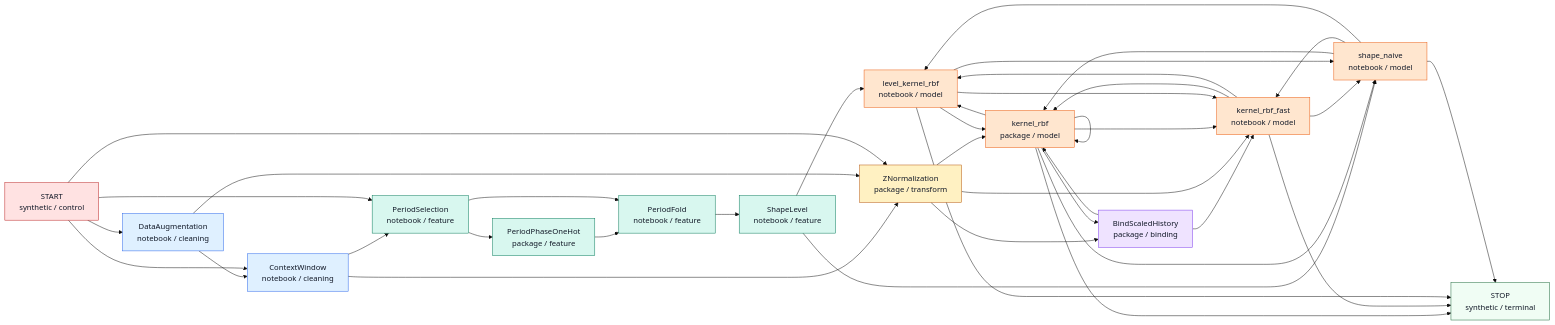
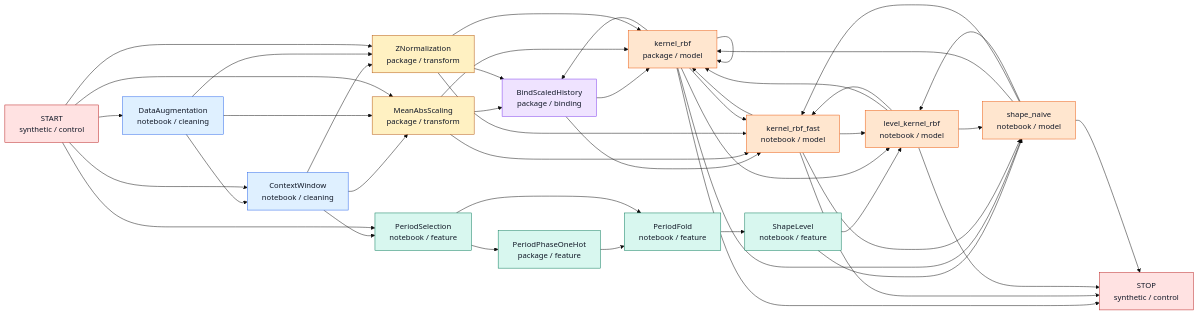
One commit to chahineNejm/graph_Time_series changed the first of 2 diagrams in token_graph_catalog/outputs/token_graph.md. Above: the diagram before and after it, drawn with Mermaid (base theme). The commit also changed other lines of this file and 9 other files, not shown here.

````diff
--- a/token_graph_catalog/outputs/token_graph.md
+++ b/token_graph_catalog/outputs/token_graph.md
@@ -11,62 +11,69 @@
 ```mermaid
 flowchart LR
   n_START["START<br/>synthetic / control"]:::control
+  n_STOP["STOP<br/>synthetic / control"]:::control
   n_ContextWindow["ContextWindow<br/>notebook / cleaning"]:::cleaning
   n_DataAugmentation["DataAugmentation<br/>notebook / cleaning"]:::cleaning
+  n_MeanAbsScaling["MeanAbsScaling<br/>package / transform"]:::transform
   n_ZNormalization["ZNormalization<br/>package / transform"]:::transform
   n_PeriodFold["PeriodFold<br/>notebook / feature"]:::feature
   n_PeriodPhaseOneHot["PeriodPhaseOneHot<br/>package / feature"]:::feature
   n_PeriodSelection["PeriodSelection<br/>notebook / feature"]:::feature
   n_ShapeLevel["ShapeLevel<br/>notebook / feature"]:::feature
   n_BindScaledHistory["BindScaledHistory<br/>package / binding"]:::binding
   n_kernel_rbf["kernel_rbf<br/>package / model"]:::model
   n_kernel_rbf_fast["kernel_rbf_fast<br/>notebook / model"]:::model
   n_level_kernel_rbf["level_kernel_rbf<br/>notebook / model"]:::model
   n_shape_naive["shape_naive<br/>notebook / model"]:::model
-  n_STOP["STOP<br/>synthetic / terminal"]:::terminal
   n_BindScaledHistory --> n_kernel_rbf
   n_BindScaledHistory --> n_kernel_rbf_fast
+  n_ContextWindow --> n_MeanAbsScaling
   n_ContextWindow --> n_PeriodSelection
   n_ContextWindow --> n_ZNormalization
   n_DataAugmentation --> n_ContextWindow
+  n_DataAugmentation --> n_MeanAbsScaling
   n_DataAugmentation --> n_ZNormalization
+  n_MeanAbsScaling --> n_BindScaledHistory
+  n_MeanAbsScaling --> n_kernel_rbf
+  n_MeanAbsScaling --> n_kernel_rbf_fast
   n_PeriodFold --> n_ShapeLevel
   n_PeriodPhaseOneHot --> n_PeriodFold
   n_PeriodSelection --> n_PeriodFold
   n_PeriodSelection --> n_PeriodPhaseOneHot
   n_START --> n_ContextWindow
   n_START --> n_DataAugmentation
+  n_START --> n_MeanAbsScaling
   n_START --> n_PeriodSelection
   n_START --> n_ZNormalization
   n_ShapeLevel --> n_level_kernel_rbf
   n_ShapeLevel --> n_shape_naive
   n_ZNormalization --> n_BindScaledHistory
   n_ZNormalization --> n_kernel_rbf
   n_ZNormalization --> n_kernel_rbf_fast
   n_kernel_rbf --> n_BindScaledHistory
   n_kernel_rbf --> n_STOP
   n_kernel_rbf --> n_kernel_rbf
   n_kernel_rbf --> n_kernel_rbf_fast
   n_kernel_rbf --> n_level_kernel_rbf
   n_kernel_rbf --> n_shape_naive
   n_kernel_rbf_fast --> n_STOP
   n_kernel_rbf_fast --> n_kernel_rbf
   n_kernel_rbf_fast --> n_level_kernel_rbf
   n_kernel_rbf_fast --> n_shape_naive
   n_level_kernel_rbf --> n_STOP
   n_level_kernel_rbf --> n_kernel_rbf
   n_level_kernel_rbf --> n_kernel_rbf_fast
   n_level_kernel_rbf --> n_shape_naive
   n_shape_naive --> n_STOP
   n_shape_naive --> n_kernel_rbf
   n_shape_naive --> n_kernel_rbf_fast
   n_shape_naive --> n_level_kernel_rbf
   classDef control fill:#ffe2e2,stroke:#b91c1c,stroke-width:1px,color:#111827
   classDef cleaning fill:#dff0ff,stroke:#2563eb,stroke-width:1px,color:#111827
   classDef transform fill:#fff1c2,stroke:#b45309,stroke-width:1px,color:#111827
   classDef feature fill:#d8f7ef,stroke:#047857,stroke-width:1px,color:#111827
   classDef binding fill:#efe3ff,stroke:#7c3aed,stroke-width:1px,color:#111827
   classDef model fill:#ffe6cf,stroke:#ea580c,stroke-width:1px,color:#111827
   classDef planned fill:#f4f4f5,stroke:#71717a,stroke-width:1px,color:#111827
   classDef terminal fill:#f0fdf4,stroke:#166534,stroke-width:1px,color:#111827
 ```
````
